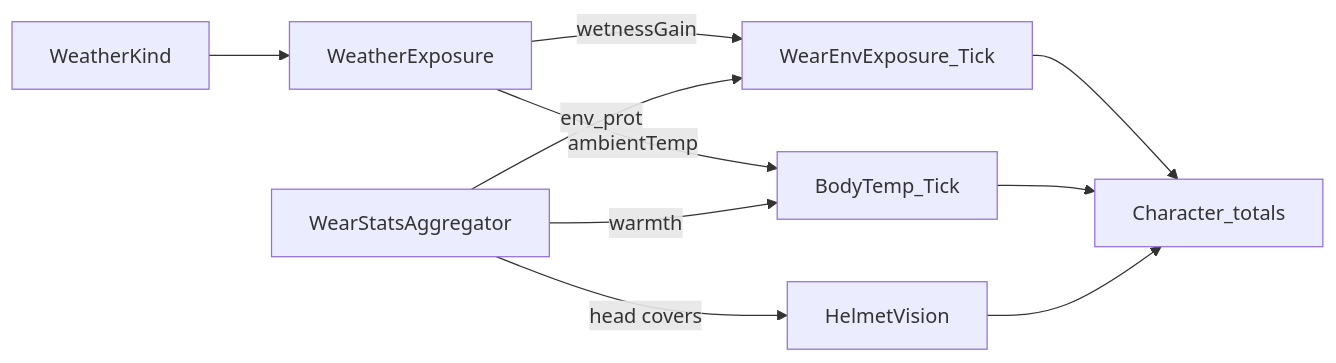
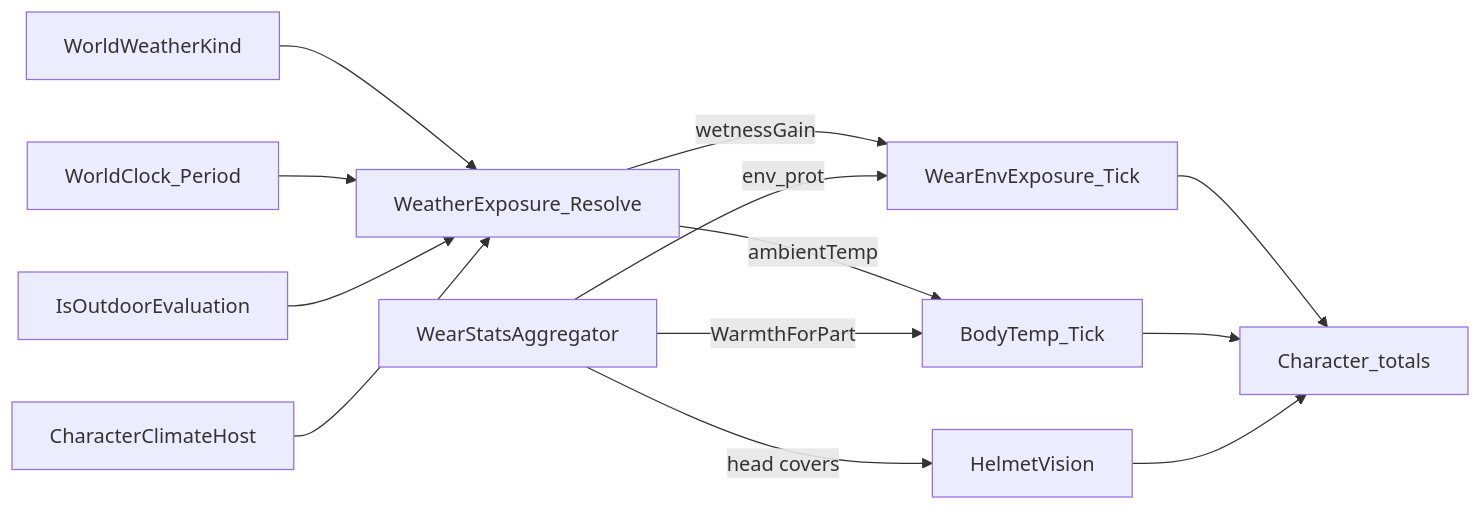
Before and after one commit to garunnir/Project_Pictureless: the fifth of 6 diagrams in docs/equipment/GEAR.md, drawn with Mermaid. The commit also changed other lines of this file and 42 other files, not shown here.

````diff
--- a/docs/equipment/GEAR.md
+++ b/docs/equipment/GEAR.md
@@ -420,19 +427,25 @@
 ```mermaid
 flowchart LR
-  kind[WeatherKind]
-  wx[WeatherExposure]
+  kind[WorldWeatherKind]
+  period[WorldClock_Period]
+  outdoor[IsOutdoorEvaluation]
+  wx[WeatherExposure_Resolve]
   wear[WearStatsAggregator]
   env[WearEnvExposure_Tick]
   temp[BodyTemp_Tick]
   helm[HelmetVision]
+  climate[CharacterClimateHost]
   ui[Character_totals]
   kind --> wx
+  period --> wx
+  outdoor --> wx
+  climate --> wx
   wx -->|ambientTemp| temp
   wx -->|wetnessGain| env
-  wear -->|warmth| temp
+  wear -->|WarmthForPart| temp
   wear -->|env_prot| env
   wear -->|head covers| helm
   env --> ui
   temp --> ui
   helm --> ui
 ```
````
